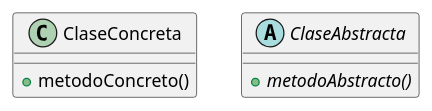
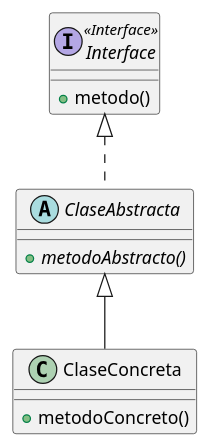
One commit to mpata2000/Algo3 changed the third of 9 diagrams in README.md. Above: the diagram before and after it, drawn with PlantUML. The commit also changed other lines of this file, not shown here.

Commit message:
Cambio de diagramas de secuencia y agrego sus fotos

````diff
--- a/README.md
+++ b/README.md
@@ -366,11 +369,18 @@
 ```uml
-  @startuml
-  Class ClaseConcreta{
-      + metodoConcreto()
-  }
+@startuml
+Class ClaseConcreta{
+  + metodoConcreto()
+}
 
-  Abstract Class ClaseAbstracta{
-      + {Abstract}metodoAbstracto()
-  }
-  @enduml
+Abstract Class ClaseAbstracta{
+  + {Abstract}metodoAbstracto()
+}
+
+Interface Interface <<Interface>>{
+  +metodo()
+}
+
+Interface <|.. ClaseAbstracta
+ClaseAbstracta <|-- ClaseConcreta
+@enduml
 ```
````
